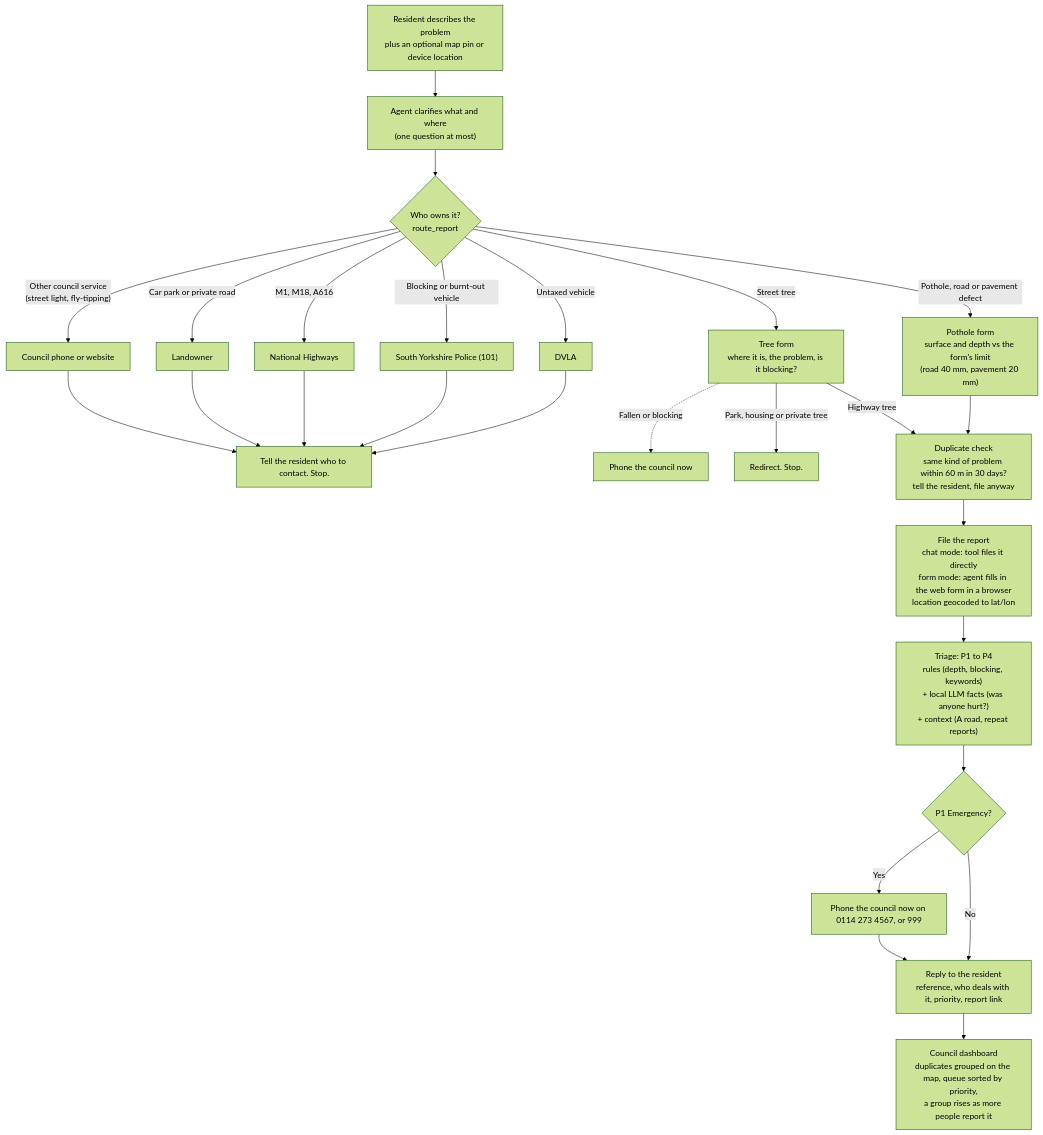
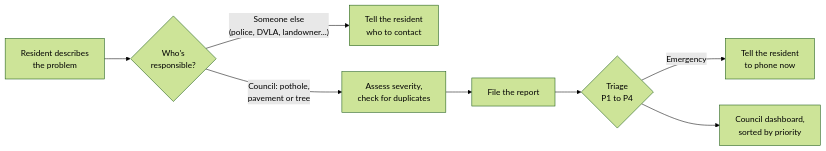
One commit to rcgsheffield/hack-for-impact changed the diagram in README.md. Above: the diagram before and after it, drawn with Mermaid (forest theme). The commit also changed other lines of this file and 10 other files, not shown here.

````diff
--- a/README.md
+++ b/README.md
@@ -28,27 +34,10 @@
 ```mermaid
-flowchart TD
-    A["Resident describes the problem<br>plus an optional map pin or device location"] --> B["Agent clarifies what and where<br>(one question at most)"]
-    B --> C{"Who owns it?<br>route_report"}
-
-    C -->|Untaxed vehicle| D1[DVLA]
-    C -->|Blocking or burnt-out vehicle| D2["South Yorkshire Police (101)"]
-    C -->|"M1, M18, A616"| D3[National Highways]
-    C -->|Car park or private road| D4[Landowner]
-    C -->|"Other council service<br>(street light, fly-tipping)"| D5[Council phone or website]
-    D1 & D2 & D3 & D4 & D5 --> R["Tell the resident who to contact. Stop."]
-
-    C -->|Pothole, road or pavement defect| P["Pothole form<br>surface and depth vs the form's limit<br>(road 40 mm, pavement 20 mm)"]
-    C -->|Street tree| T["Tree form<br>where it is, the problem, is it blocking?"]
-    T -.->|"Fallen or blocking"| U0["Phone the council now"]
-    T -->|"Park, housing or private tree"| R2["Redirect. Stop."]
-
-    P --> DUP
-    T -->|Highway tree| DUP["Duplicate check<br>same kind of problem within 60 m in 30 days?<br>tell the resident, file anyway"]
-    DUP --> F["File the report<br>chat mode: tool files it directly<br>form mode: agent fills in the web form in a browser<br>location geocoded to lat/lon"]
-    F --> TR["Triage: P1 to P4<br>rules (depth, blocking, keywords)<br>+ local LLM facts (was anyone hurt?)<br>+ context (A road, repeat reports)"]
-    TR --> E{P1 Emergency?}
-    E -->|Yes| U["Phone the council now on 0114 273 4567, or 999"]
-    E -->|No| REP
-    U --> REP["Reply to the resident<br>reference, who deals with it, priority, report link"]
-    REP --> DASH["Council dashboard<br>duplicates grouped on the map, queue sorted by priority,<br>a group rises as more people report it"]
+flowchart LR
+    A["Resident describes<br>the problem"] --> B{"Who's<br>responsible?"}
+    B -->|"Someone else<br>(police, DVLA, landowner...)"| C["Tell the resident<br>who to contact"]
+    B -->|"Council: pothole,<br>pavement or tree"| D["Assess severity,<br>check for duplicates"]
+    D --> E["File the report"]
+    E --> F{"Triage<br>P1 to P4"}
+    F -->|Emergency| G["Tell the resident<br>to phone now"]
+    F --> H["Council dashboard,<br>sorted by priority"]
 ```
````
